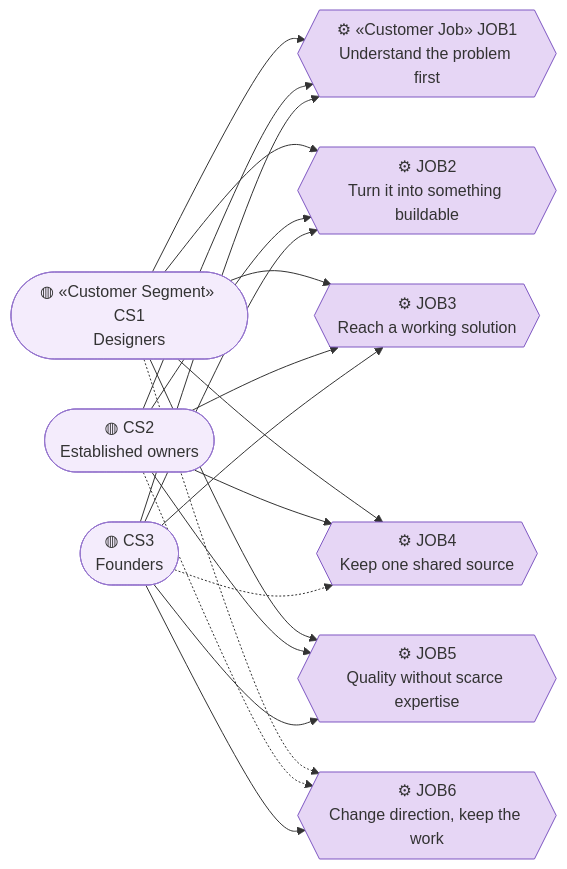
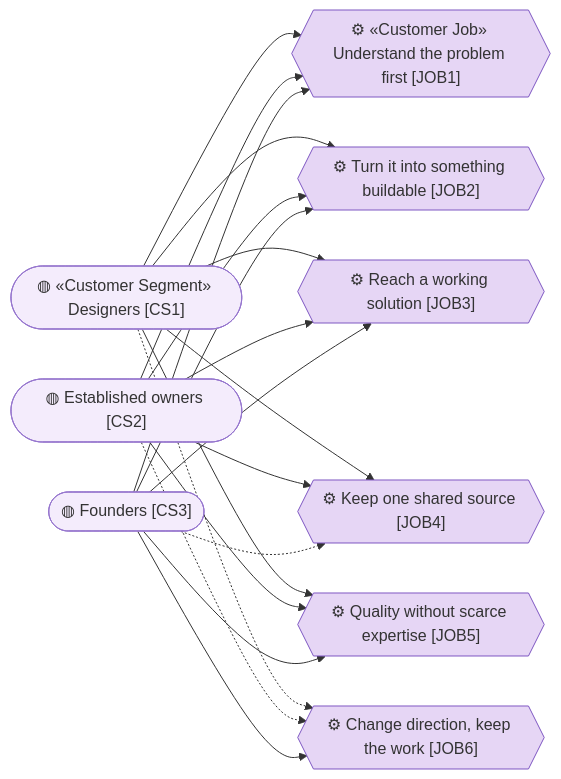
The third of 6 diagrams in org-archreator/architecture/0_business-design/1_value-proposition-canvas.md (roanboc/architecture-archreator), drawn with Mermaid before and after one commit. The commit also changed other lines of this file and 38 other files, not shown here.

````diff
--- a/org-archreator/architecture/0_business-design/1_value-proposition-canvas.md
+++ b/org-archreator/architecture/0_business-design/1_value-proposition-canvas.md
@@ -139,35 +139,35 @@
 ```mermaid
 flowchart LR
-  cs1(["◍ «Customer Segment» CS1<br>Designers"]):::segment
-  cs2(["◍ CS2<br>Established owners"]):::segment
-  cs3(["◍ CS3<br>Founders"]):::segment
+  cs1(["◍ «Customer Segment» Designers [CS1]"]):::segment
+  cs2(["◍ Established owners [CS2]"]):::segment
+  cs3(["◍ Founders [CS3]"]):::segment
 
-  job1{{"⚙ «Customer Job» JOB1<br>Understand the problem first"}}:::job
-  job2{{"⚙ JOB2<br>Turn it into something buildable"}}:::job
-  job3{{"⚙ JOB3<br>Reach a working solution"}}:::job
-  job4{{"⚙ JOB4<br>Keep one shared source"}}:::job
-  job5{{"⚙ JOB5<br>Quality without scarce expertise"}}:::job
-  job6{{"⚙ JOB6<br>Change direction, keep the work"}}:::job
+  job1{{"⚙ «Customer Job» Understand the problem first [JOB1]"}}:::job
+  job2{{"⚙ Turn it into something buildable [JOB2]"}}:::job
+  job3{{"⚙ Reach a working solution [JOB3]"}}:::job
+  job4{{"⚙ Keep one shared source [JOB4]"}}:::job
+  job5{{"⚙ Quality without scarce expertise [JOB5]"}}:::job
+  job6{{"⚙ Change direction, keep the work [JOB6]"}}:::job
 
   cs1 --> job1
   cs1 --> job2
   cs1 --> job3
   cs1 --> job4
   cs1 --> job5
   cs1 -.-> job6
   cs2 --> job1
   cs2 --> job2
   cs2 --> job3
   cs2 --> job4
   cs2 --> job5
   cs2 -.-> job6
   cs3 --> job1
   cs3 --> job2
   cs3 --> job3
   cs3 --> job5
   cs3 --> job6
   cs3 -.-> job4
 
   classDef segment fill:#f4ecfc,stroke:#9575cd,color:#333
   classDef job fill:#e6d6f5,stroke:#7e57c2,color:#333
 ```
````
